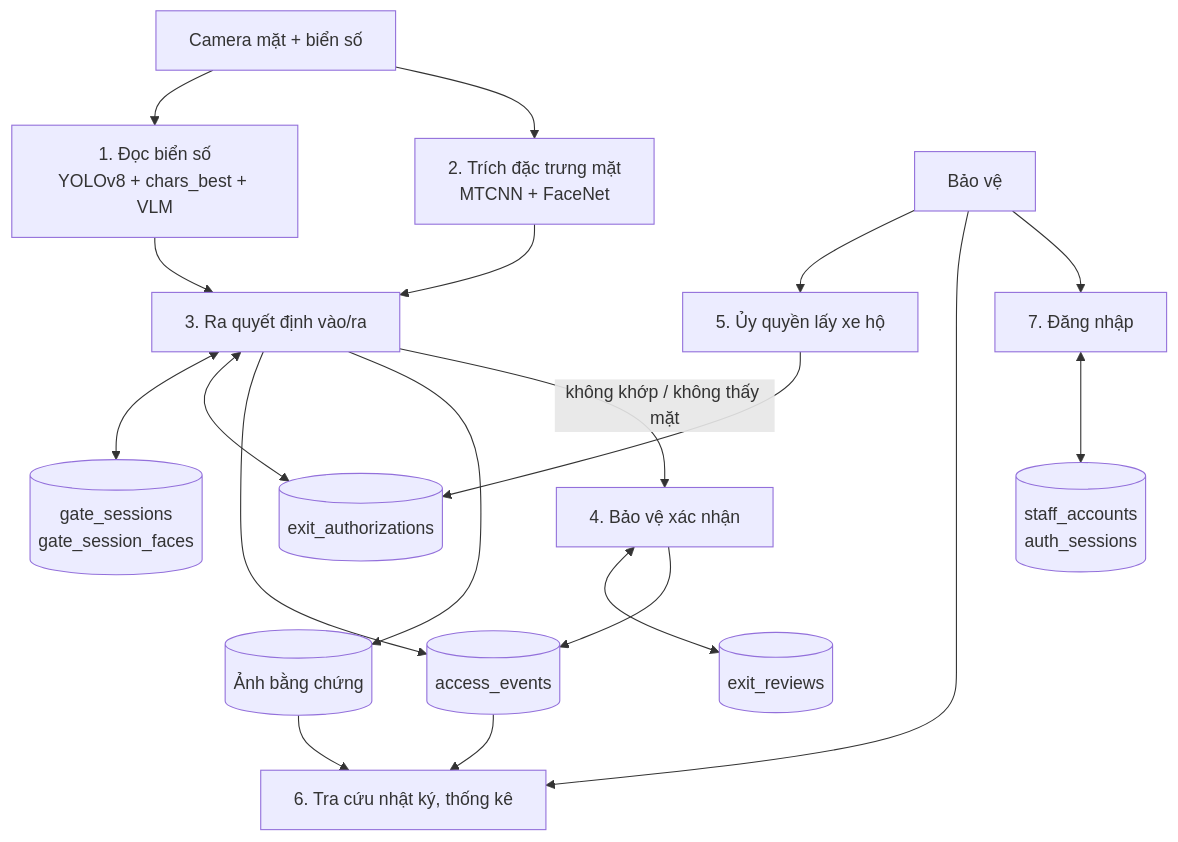
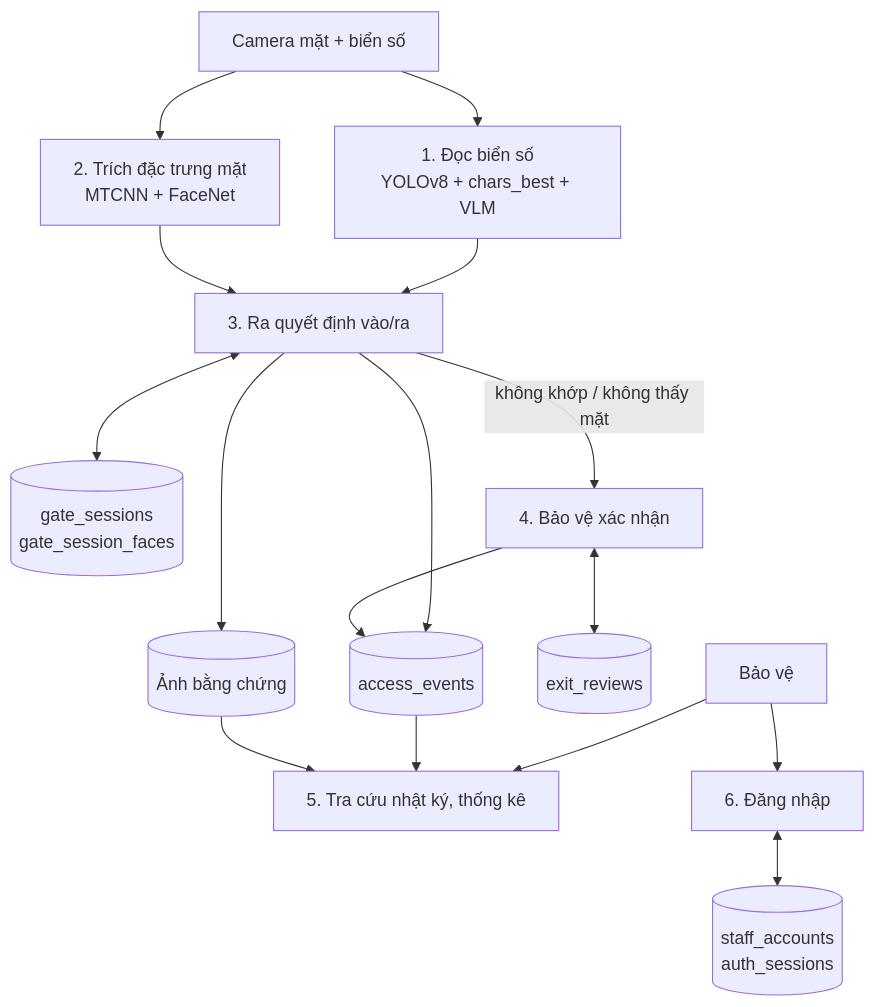
The second of 4 diagrams in docs/NHAP_CAP_NHAT_BAO_CAO.md (PhuocNguyen2206/-n), drawn with Mermaid before and after one commit. The commit also changed other lines of this file and 12 other files, not shown here.

````diff
--- a/docs/NHAP_CAP_NHAT_BAO_CAO.md
+++ b/docs/NHAP_CAP_NHAT_BAO_CAO.md
@@ -83,21 +75,18 @@
 ```mermaid
 flowchart TB
   CAM[Camera mặt + biển số] --> P1[1. Đọc biển số<br/>YOLOv8 + chars_best + VLM]
   CAM --> P2[2. Trích đặc trưng mặt<br/>MTCNN + FaceNet]
   P1 --> P3[3. Ra quyết định vào/ra]
   P2 --> P3
   P3 <--> D1[(gate_sessions<br/>gate_session_faces)]
-  P3 <--> D2[(exit_authorizations)]
   P3 --> D3[(access_events)]
   P3 --> D4[(Ảnh bằng chứng)]
   P3 -- "không khớp / không thấy mặt" --> P4[4. Bảo vệ xác nhận]
   P4 <--> D5[(exit_reviews)]
   P4 --> D3
-  BV[Bảo vệ] --> P5[5. Ủy quyền lấy xe hộ]
-  P5 --> D2
-  BV --> P6[6. Tra cứu nhật ký, thống kê]
-  D3 --> P6
-  D4 --> P6
-  BV --> P7[7. Đăng nhập]
-  P7 <--> D6[(staff_accounts<br/>auth_sessions)]
+  BV[Bảo vệ] --> P5[5. Tra cứu nhật ký, thống kê]
+  D3 --> P5
+  D4 --> P5
+  BV --> P6[6. Đăng nhập]
+  P6 <--> D6[(staff_accounts<br/>auth_sessions)]
 ```
````
